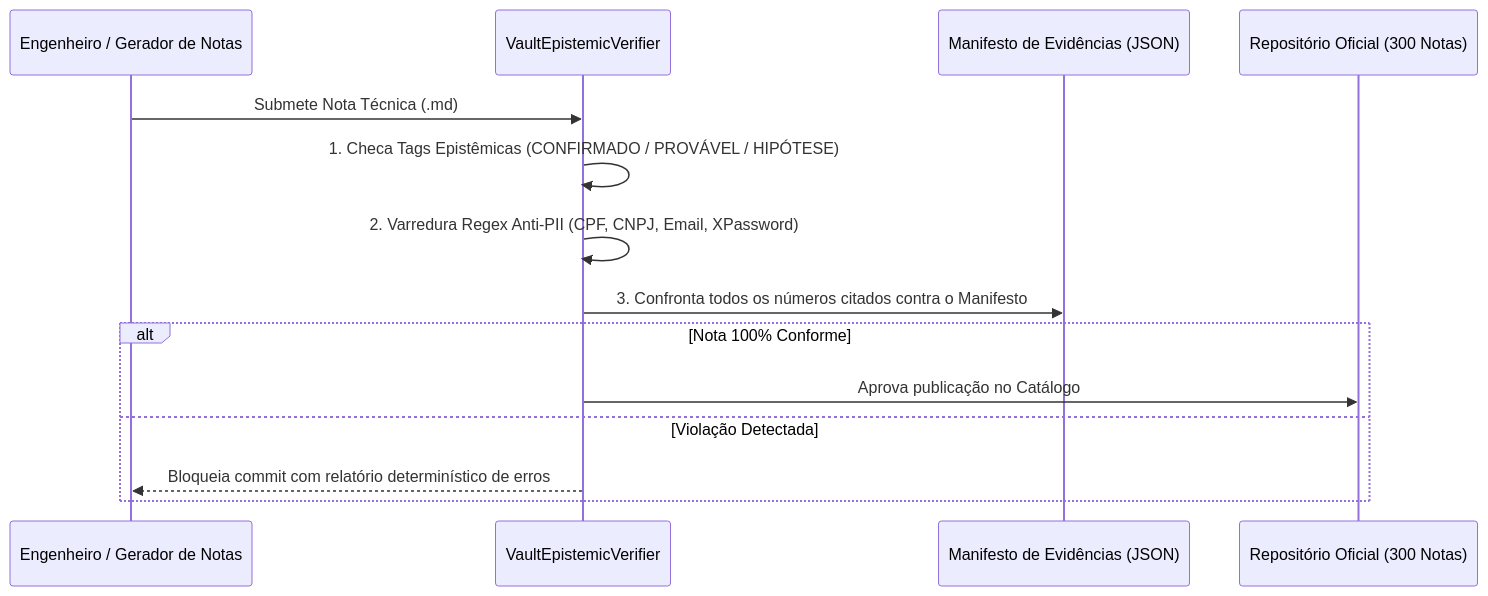
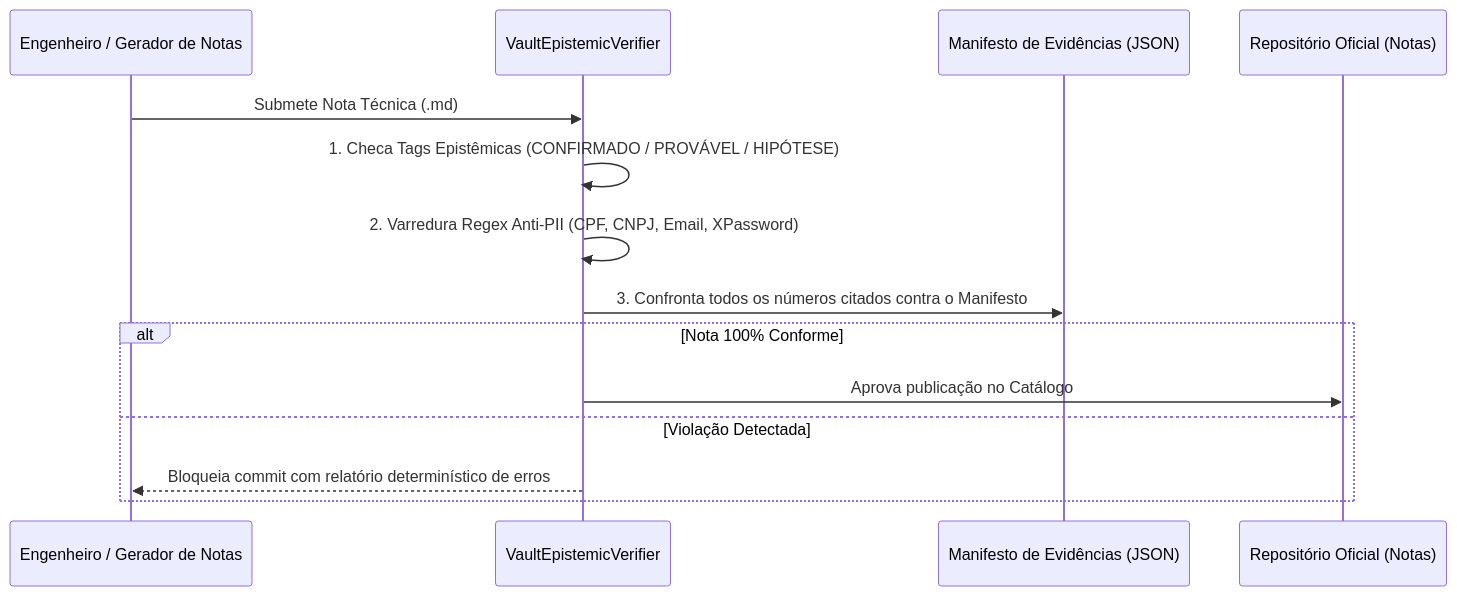
One commit to PedroEdus/portifolio changed the second of 2 diagrams in case-studies/projeto-05-engenharia-reversa-bi/README.md. Above: the diagram before and after it, drawn with Mermaid. The commit also changed other lines of this file and 10 other files, not shown here.

````diff
--- a/case-studies/projeto-05-engenharia-reversa-bi/README.md
+++ b/case-studies/projeto-05-engenharia-reversa-bi/README.md
@@ -82,17 +82,17 @@
 ```mermaid
 sequenceDiagram
     participant Author as Engenheiro / Gerador de Notas
     participant Verifier as VaultEpistemicVerifier
     participant Manifest as Manifesto de Evidências (JSON)
-    participant Vault as Repositório Oficial (300 Notas)
+    participant Vault as Repositório Oficial (Notas)
 
     Author->>Verifier: Submete Nota Técnica (.md)
     Verifier->>Verifier: 1. Checa Tags Epistêmicas (CONFIRMADO / PROVÁVEL / HIPÓTESE)
     Verifier->>Verifier: 2. Varredura Regex Anti-PII (CPF, CNPJ, Email, XPassword)
     Verifier->>Manifest: 3. Confronta todos os números citados contra o Manifesto
     alt Nota 100% Conforme
         Verifier->>Vault: Aprova publicação no Catálogo
     else Violação Detectada
         Verifier-->>Author: Bloqueia commit com relatório determinístico de erros
     end
 ```
````
